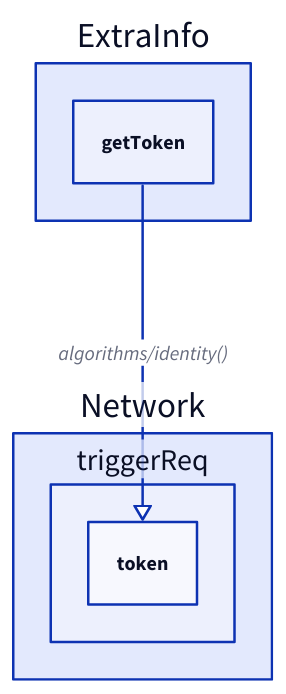
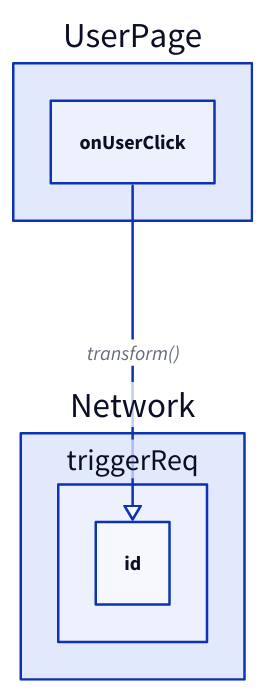
One commit to sien75/GraphiCode-skills changed the fourth of 5 diagrams in junior-engineer-ts-flow/references/flow.md. Above: the diagram before and after it, drawn with D2. The commit also changed other lines of this file and 4 other files, not shown here.

Commit message:
flow change - part 1

````diff
--- a/junior-engineer-ts-flow/references/flow.md
+++ b/junior-engineer-ts-flow/references/flow.md
@@ -51,7 +97,8 @@
 ```d2
-ExtraInfo.getToken -> Network.triggerReq.token: algorithms/identity() {
+# 0
+UserPage.onUserClick -> Network.triggerReq.id: transform() {
   target-arrowhead: {
     style.filled: false
   }
 }
 ```
````
